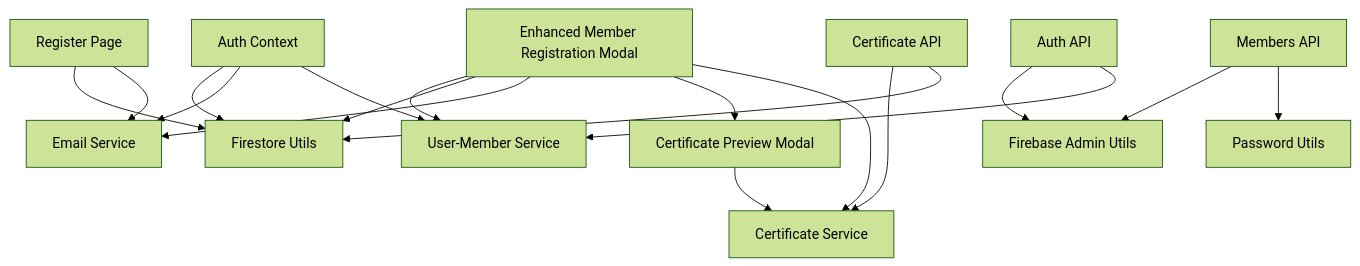
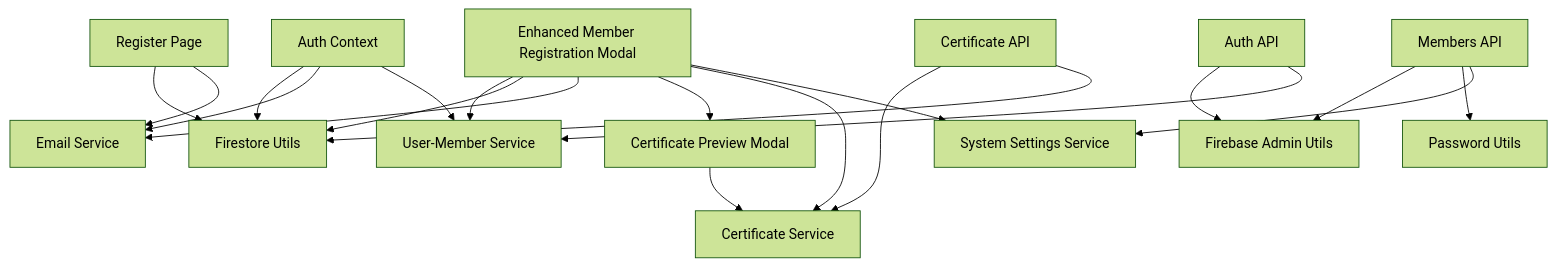
One commit to Unsure-bry/sampacoop_system changed the sixth of 6 diagrams in .qoder/repowiki/en/content/Member Management System/Member Registration Workflow.md. Above: the diagram before and after it, drawn with Mermaid (forest theme). The commit also changed other lines of this file and 3 other files, not shown here.

````diff
--- a/.qoder/repowiki/en/content/Member Management System/Member Registration Workflow.md
+++ b/.qoder/repowiki/en/content/Member Management System/Member Registration Workflow.md
@@ -425,20 +467,22 @@
 ```mermaid
 graph TB
 RP["Register Page"] --> FIRESTORE["Firestore Utils"]
 RP --> EMAIL["Email Service"]
 MRM["Enhanced Member Registration Modal"] --> UMS["User-Member Service"]
 MRM --> FIRESTORE
 MRM --> EMAIL
 MRM --> CPM["Certificate Preview Modal"]
 MRM --> CERTSERVICE["Certificate Service"]
+MRM --> SETTINGS["System Settings Service"]
 CPM --> CERTSERVICE
 API_MEM["Members API"] --> FB_ADMIN["Firebase Admin Utils"]
 API_MEM --> PWUTILS["Password Utils"]
+API_MEM --> SETTINGS
 API_CERT["Certificate API"] --> CERTSERVICE
 API_CERT --> FIRESTORE
 AUTHCTX["Auth Context"] --> FIRESTORE
 AUTHCTX --> EMAIL
 AUTHCTX --> UMS
 API_AUTH["Auth API"] --> FB_ADMIN
 API_AUTH --> UMS
 ```
````
